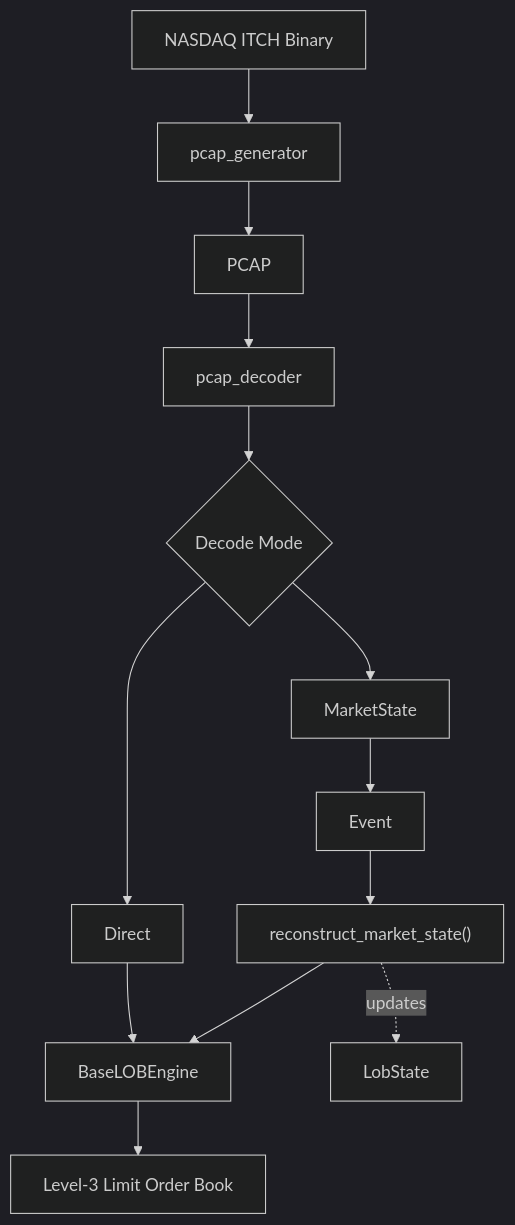
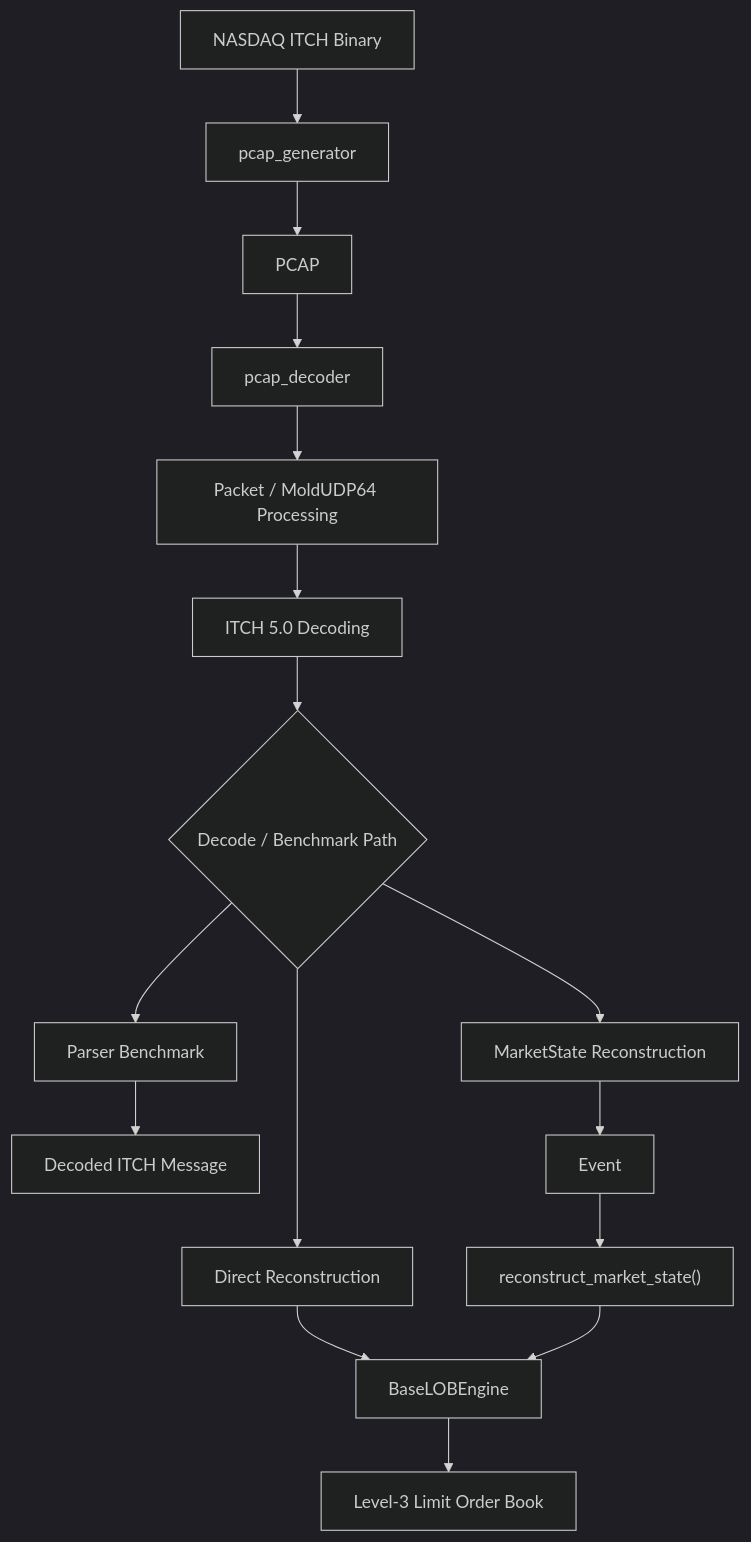
Before and after one commit to pankajj6/pcap_feed_decoder: the diagram in README.md, drawn with Mermaid (dark theme). The commit also changed other lines of this file, not shown here.

````diff
--- a/README.md
+++ b/README.md
@@ -71,28 +54,28 @@
 ```mermaid
 flowchart TD
 
     A["NASDAQ ITCH Binary"]
         --> B["pcap_generator"]
 
     B --> C["PCAP"]
 
     C --> D["pcap_decoder"]
 
-    D --> E{"Decode Mode"}
+    D --> E["Packet / MoldUDP64 Processing"]
+    E --> F["ITCH 5.0 Decoding"]
 
-    E --> F["Direct"]
+    F --> G{"Decode / Benchmark Path"}
 
-    E --> G["MarketState"]
+    G --> H["Parser Benchmark"]
+    G --> I["Direct Reconstruction"]
+    G --> J["MarketState Reconstruction"]
 
-    F --> H["BaseLOBEngine"]
+    H --> K["Decoded ITCH Message"]
 
-    G --> I["Event"]
+    I --> L["BaseLOBEngine"]
+    J --> M["Event"]
+    M --> N["reconstruct_market_state()"]
+    N --> L
 
-    I --> J["reconstruct_market_state()"]
-
-    J --> H
-
-    H --> K["Level-3 Limit Order Book"]
-
-    J -. updates .-> L["LobState"]
+    L --> O["Level-3 Limit Order Book"]
 ```
````
